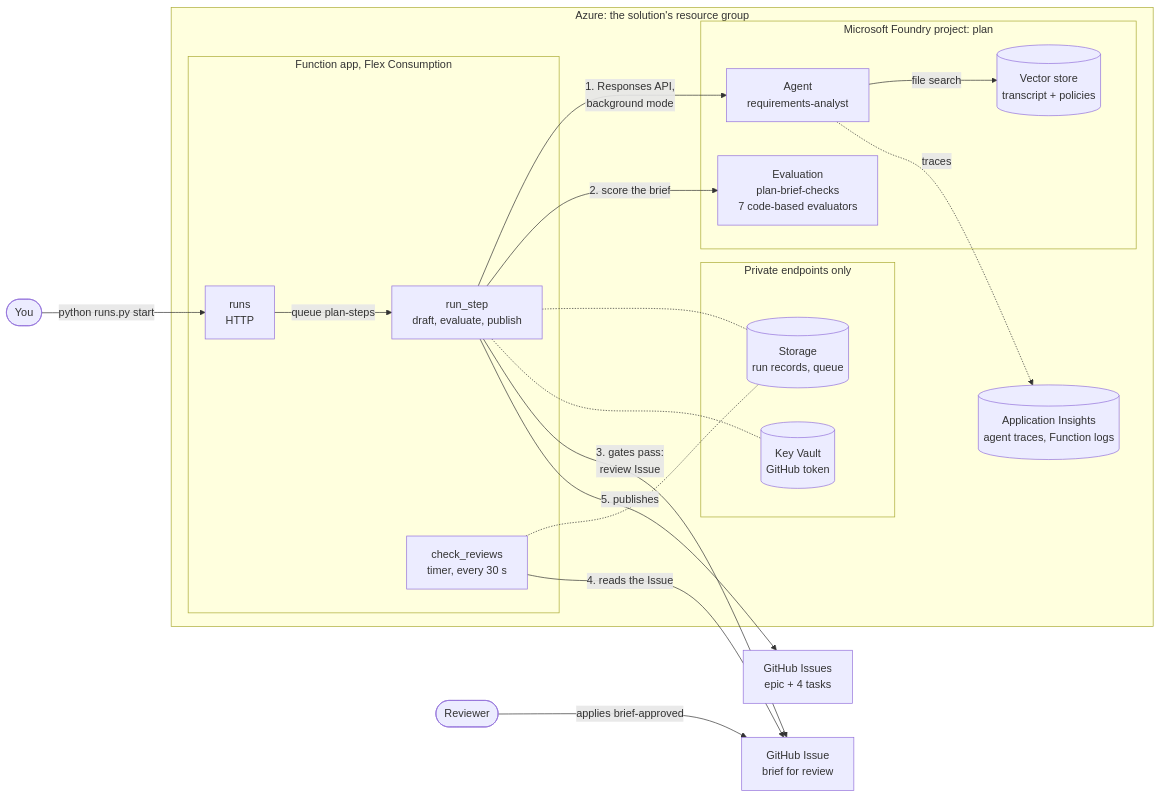
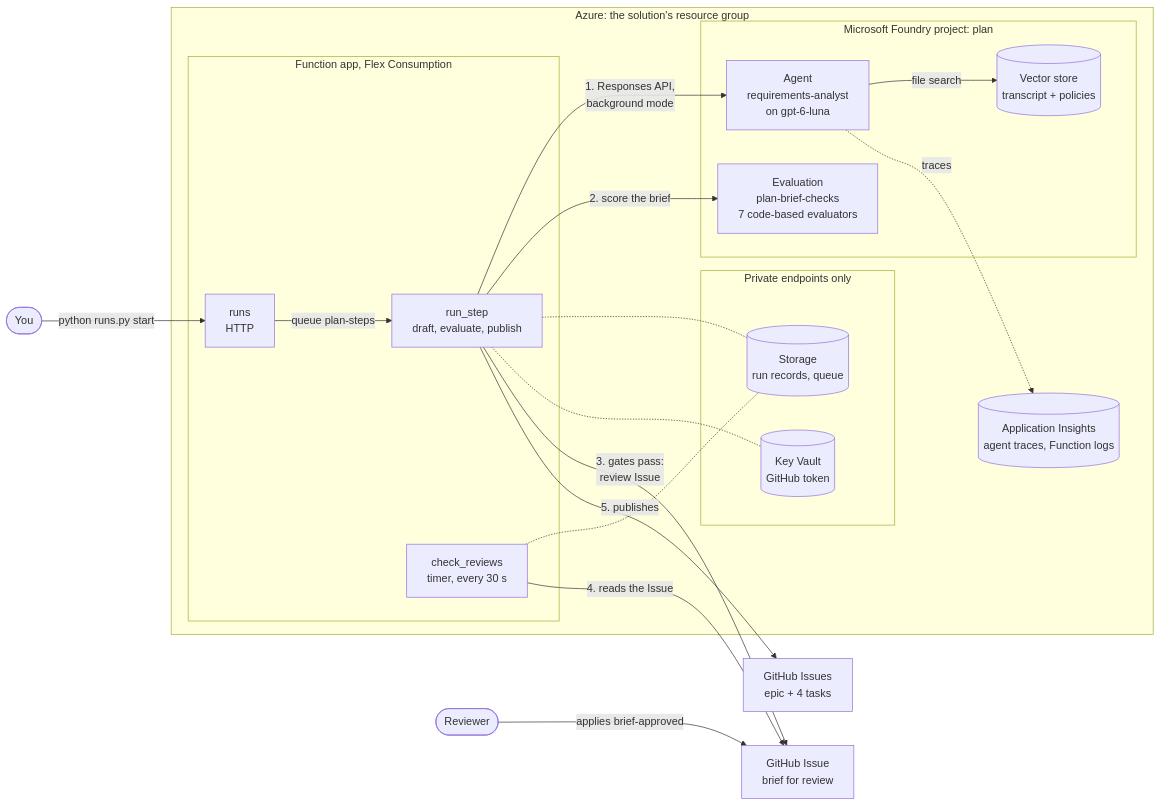
The diagram in solutions/01-plan-microsoft/README.md (melabadi/adept-assessment-northstars), drawn with Mermaid before and after one commit. The commit also changed other lines of this file and 9 other files, not shown here.

````diff
--- a/solutions/01-plan-microsoft/README.md
+++ b/solutions/01-plan-microsoft/README.md
@@ -35,29 +35,29 @@
 ```mermaid
 flowchart LR
   You([You]) -->|python runs.py start| H
   subgraph Azure["Azure: the solution's resource group"]
     subgraph F["Function app, Flex Consumption"]
       H[runs<br/>HTTP] -->|queue plan-steps| S[run_step<br/>draft, evaluate, publish]
       T[check_reviews<br/>timer, every 30 s]
     end
     subgraph Private["Private endpoints only"]
       R[(Storage<br/>run records, queue)]
       K[(Key Vault<br/>GitHub token)]
     end
     subgraph Foundry["Microsoft Foundry project: plan"]
-      A[Agent<br/>requirements-analyst] -- file search --> VS[(Vector store<br/>transcript + policies)]
+      A[Agent<br/>requirements-analyst<br/>on gpt-6-luna] -- file search --> VS[(Vector store<br/>transcript + policies)]
       E[Evaluation<br/>plan-brief-checks<br/>7 code-based evaluators]
     end
     AI[(Application Insights<br/>agent traces, Function logs)]
     S -->|1. Responses API,<br/>background mode| A
     S -->|2. score the brief| E
     S -.- R
     T -.- R
     S -.- K
     A -. traces .-> AI
   end
   S -->|3. gates pass:<br/>review Issue| I[GitHub Issue<br/>brief for review]
   Hu([Reviewer]) -->|applies brief-approved| I
   T -->|4. reads the Issue| I
   S -->|5. publishes| B[GitHub Issues<br/>epic + 4 tasks]
 ```
````
